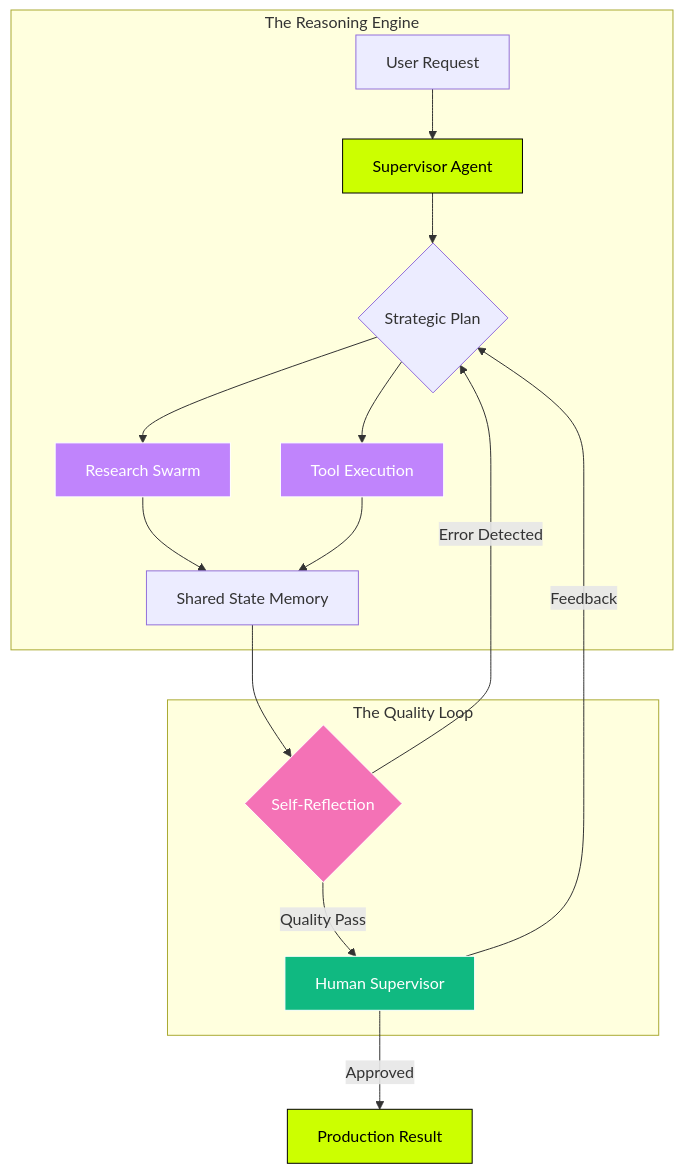
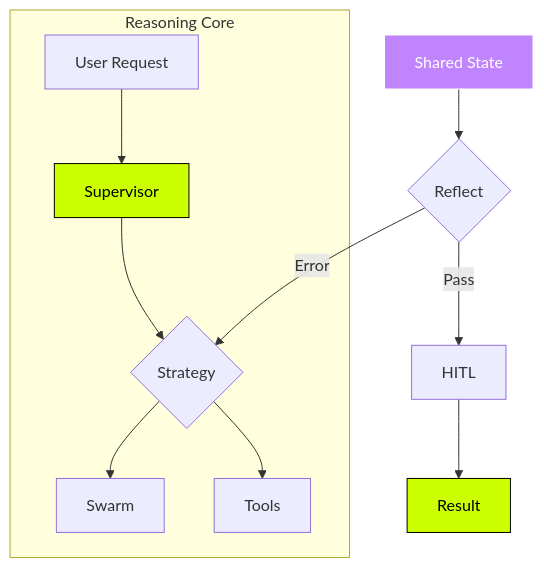
One commit to Tayyabjv1/Tayyabjv1 changed the diagram in README.md. Above: the diagram before and after it, drawn with Mermaid. The commit also changed other lines of this file, not shown here.

````diff
--- a/README.md
+++ b/README.md
@@ -12,26 +27,16 @@
 ```mermaid
 graph TD
-    subgraph "The Reasoning Engine"
-        A[User Request] --> B[Supervisor Agent]
-        B --> C{Strategic Plan}
-        C --> D[Research Swarm]
-        C --> E[Tool Execution]
-        D & E --> F[Shared State Memory]
+    subgraph "Reasoning Core"
+        A[User Request] --> B[Supervisor]
+        B --> C{Strategy}
+        C --> D[Swarm]
+        C --> E[Tools]
     end
-
-    subgraph "The Quality Loop"
-        F --> G{Self-Reflection}
-        G -- "Error Detected" --> C
-        G -- "Quality Pass" --> H[Human Supervisor]
-    end
-
-    H -- "Approved" --> I[Production Result]
-    H -- "Feedback" --> C
-
+    F[Shared State] --> G{Reflect}
+    G -- "Error" --> C
+    G -- "Pass" --> H[HITL]
+    H --> I[Result]
     style B fill:#ccff00,stroke:#000,color:#000
-    style D fill:#c084fc,stroke:#fff,color:#fff
-    style E fill:#c084fc,stroke:#fff,color:#fff
-    style G fill:#f472b6,stroke:#fff,color:#fff
-    style H fill:#10B981,stroke:#fff,color:#fff
+    style F fill:#c084fc,stroke:#fff,color:#fff
     style I fill:#ccff00,stroke:#000,color:#000
 ```
````
